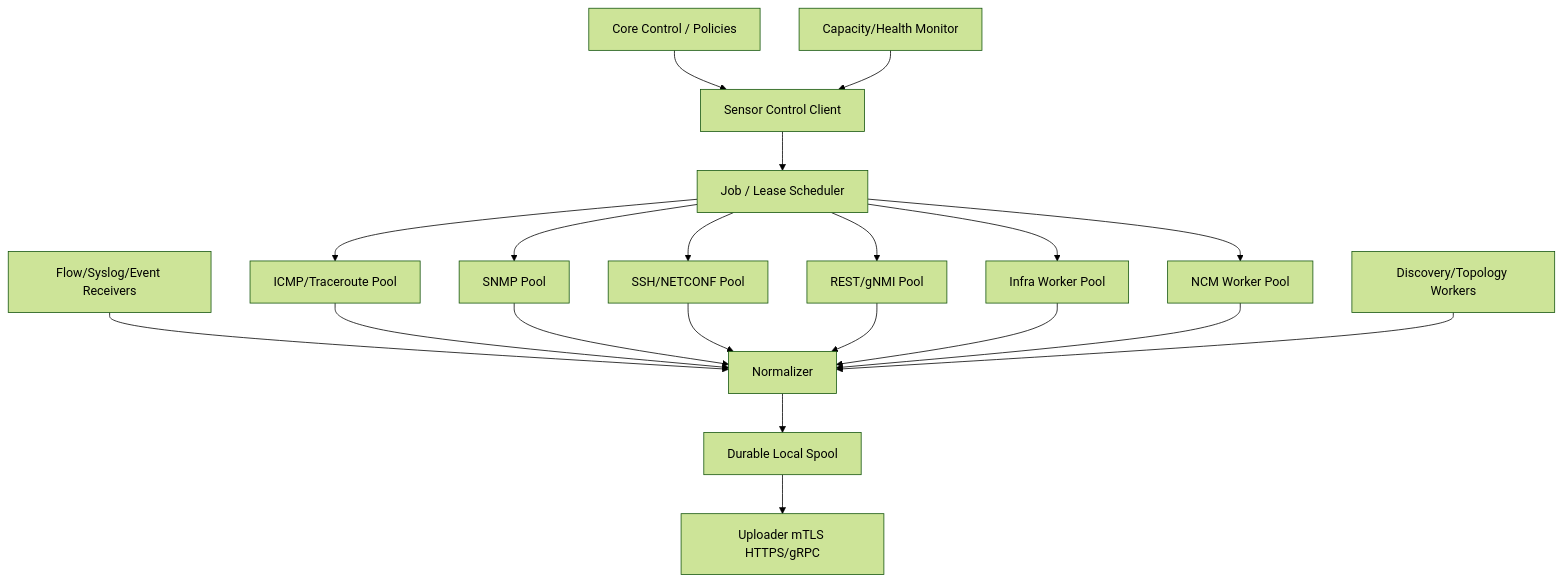
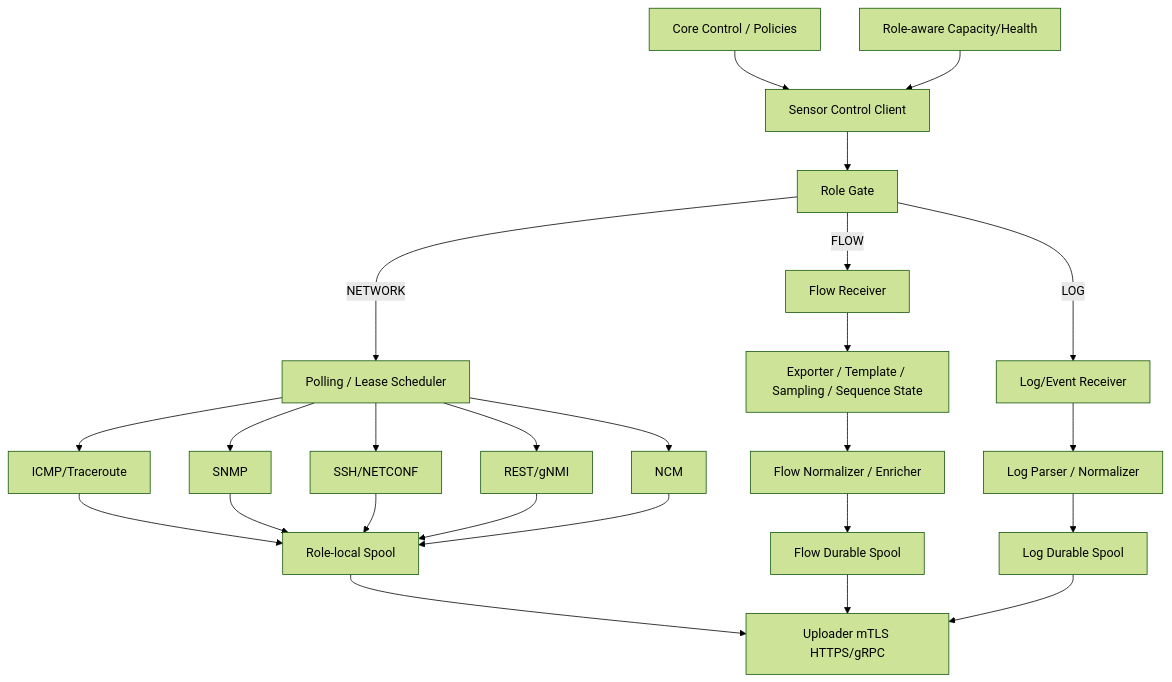
The second of 4 diagrams in project_documentation/Platform_04_HLD.md (gagandsm-max/platform), drawn with Mermaid (forest theme) before and after one commit. The commit also changed other lines of this file, not shown here.

Commit message:
docs: define dedicated Flow and Log Sensor HLD

````diff
--- a/project_documentation/Platform_04_HLD.md
+++ b/project_documentation/Platform_04_HLD.md
@@ -267,22 +269,27 @@
 ```mermaid
 flowchart TB
   CTRL[Core Control / Policies] --> CLIENT[Sensor Control Client]
-  CLIENT --> JOB[Job / Lease Scheduler]
-  JOB --> ICMP[ICMP/Traceroute Pool]
-  JOB --> SNMP[SNMP Pool]
-  JOB --> SSH[SSH/NETCONF Pool]
-  JOB --> API[REST/gNMI Pool]
-  JOB --> INFRA[Infra Worker Pool]
-  JOB --> NCM[NCM Worker Pool]
-  FLOW[Flow/Syslog/Event Receivers] --> NORM[Normalizer]
-  ICMP --> NORM
-  SNMP --> NORM
-  SSH --> NORM
-  API --> NORM
-  INFRA --> NORM
-  NCM --> NORM
-  NORM --> SPOOL[Durable Local Spool]
-  SPOOL --> UP[Uploader mTLS HTTPS/gRPC]
-  CAP[Capacity/Health Monitor] --> CLIENT
-  DISC[Discovery/Topology Workers] --> NORM
+  CLIENT --> ROLE[Role Gate]
+  ROLE -->|NETWORK| JOB[Polling / Lease Scheduler]
+  JOB --> ICMP[ICMP/Traceroute]
+  JOB --> SNMP[SNMP]
+  JOB --> SSH[SSH/NETCONF]
+  JOB --> API[REST/gNMI]
+  JOB --> NCM[NCM]
+  ROLE -->|FLOW| FR[Flow Receiver]
+  FR --> FS[Exporter / Template / Sampling / Sequence State]
+  FS --> FN[Flow Normalizer / Enricher]
+  ROLE -->|LOG| LR[Log/Event Receiver]
+  LR --> LN[Log Parser / Normalizer]
+  ICMP --> NS[Role-local Spool]
+  SNMP --> NS
+  SSH --> NS
+  API --> NS
+  NCM --> NS
+  FN --> FSPOOL[Flow Durable Spool]
+  LN --> LSPOOL[Log Durable Spool]
+  NS --> UP[Uploader mTLS HTTPS/gRPC]
+  FSPOOL --> UP
+  LSPOOL --> UP
+  CAP[Role-aware Capacity/Health] --> CLIENT
 ```
````
